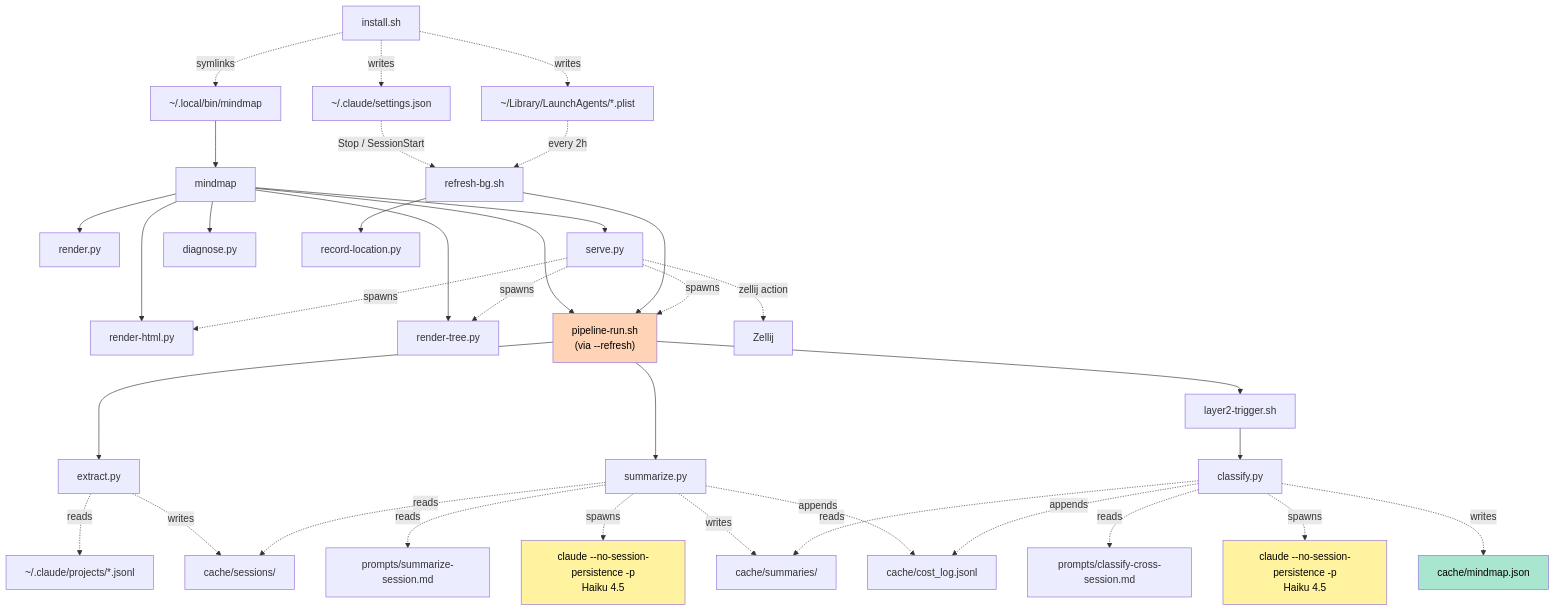
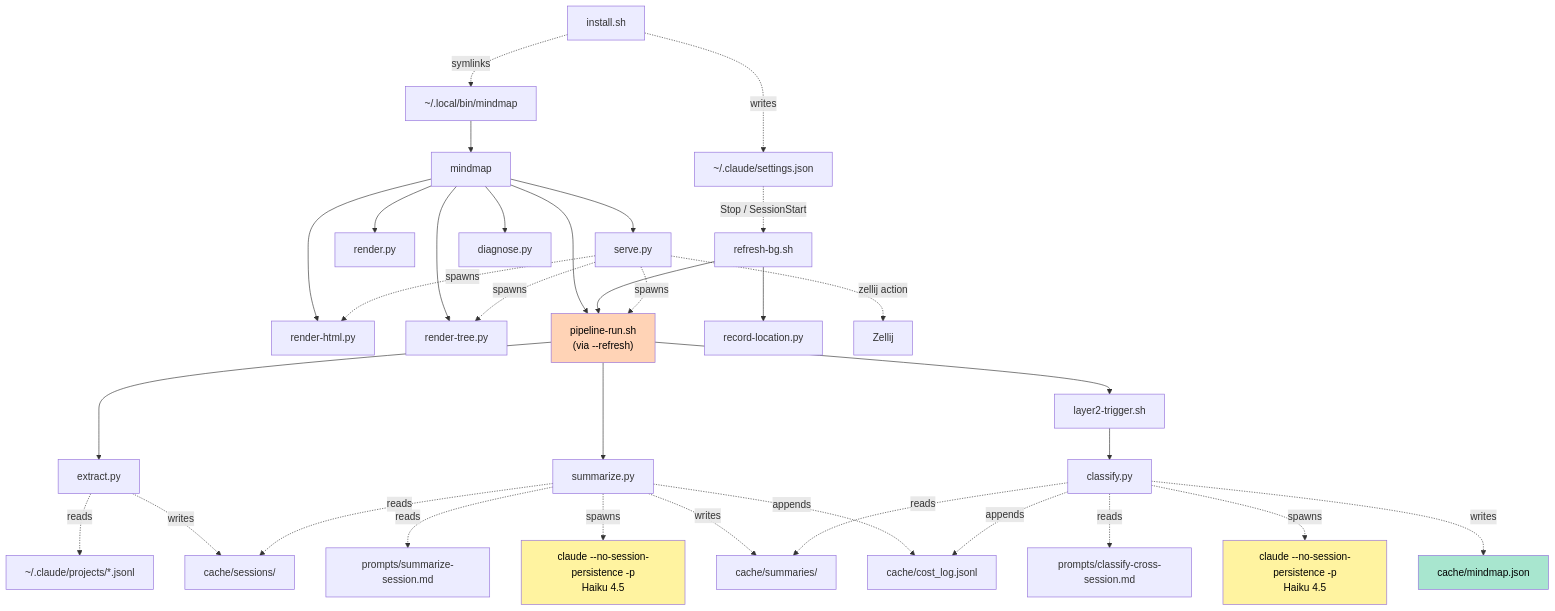
One commit to Icesource/claude-code-worktree changed the second of 8 diagrams in docs/ARCHITECTURE.md. Above: the diagram before and after it, drawn with Mermaid. The commit also changed other lines of this file and 6 other files, not shown here.

````diff
--- a/docs/ARCHITECTURE.md
+++ b/docs/ARCHITECTURE.md
@@ -140,50 +142,48 @@
 ```mermaid
 graph TD
     install["install.sh"] -.->|writes| set["~/.claude/settings.json"]
     install -.->|symlinks| sym["~/.local/bin/mindmap"]
-    install -.->|writes| la["~/Library/LaunchAgents/*.plist"]
 
     set -.->|"Stop / SessionStart"| bg["refresh-bg.sh"]
-    la -.->|"every 2h"| bg
     sym --> mm["mindmap"]
 
     mm --> render["render.py"]
     mm --> rh["render-html.py"]
     mm --> rt["render-tree.py"]
     mm --> srv["serve.py"]
     mm --> diag["diagnose.py"]
     mm --> prun["pipeline-run.sh<br/>(via --refresh)"]
 
     bg --> rec["record-location.py"]
     bg --> prun
 
     prun --> ext["extract.py"]
     prun --> sum["summarize.py"]
     prun --> trig["layer2-trigger.sh"]
     trig --> cls["classify.py"]
 
     sum -.->|reads| p1["prompts/summarize-session.md"]
     cls -.->|reads| p2["prompts/classify-cross-session.md"]
 
     sum -.->|spawns| claude1["claude --no-session-persistence -p<br/>Haiku 4.5"]
     cls -.->|spawns| claude2["claude --no-session-persistence -p<br/>Haiku 4.5"]
 
     srv -.->|spawns| rh
     srv -.->|spawns| rt
     srv -.->|spawns| prun
     srv -.->|"zellij action"| zj["Zellij"]
 
     ext -.->|reads| jl["~/.claude/projects/*.jsonl"]
     ext -.->|writes| sess["cache/sessions/"]
     sum -.->|reads| sess
     sum -.->|writes| sumdir["cache/summaries/"]
     cls -.->|reads| sumdir
     cls -.->|writes| mj["cache/mindmap.json"]
     sum -.->|appends| cl["cache/cost_log.jsonl"]
     cls -.->|appends| cl
 
     style mj fill:#a8e6cf,color:#000
     style claude1 fill:#fff3a0,color:#000
     style claude2 fill:#fff3a0,color:#000
     style prun fill:#ffd3b6,color:#000
 ```
````
